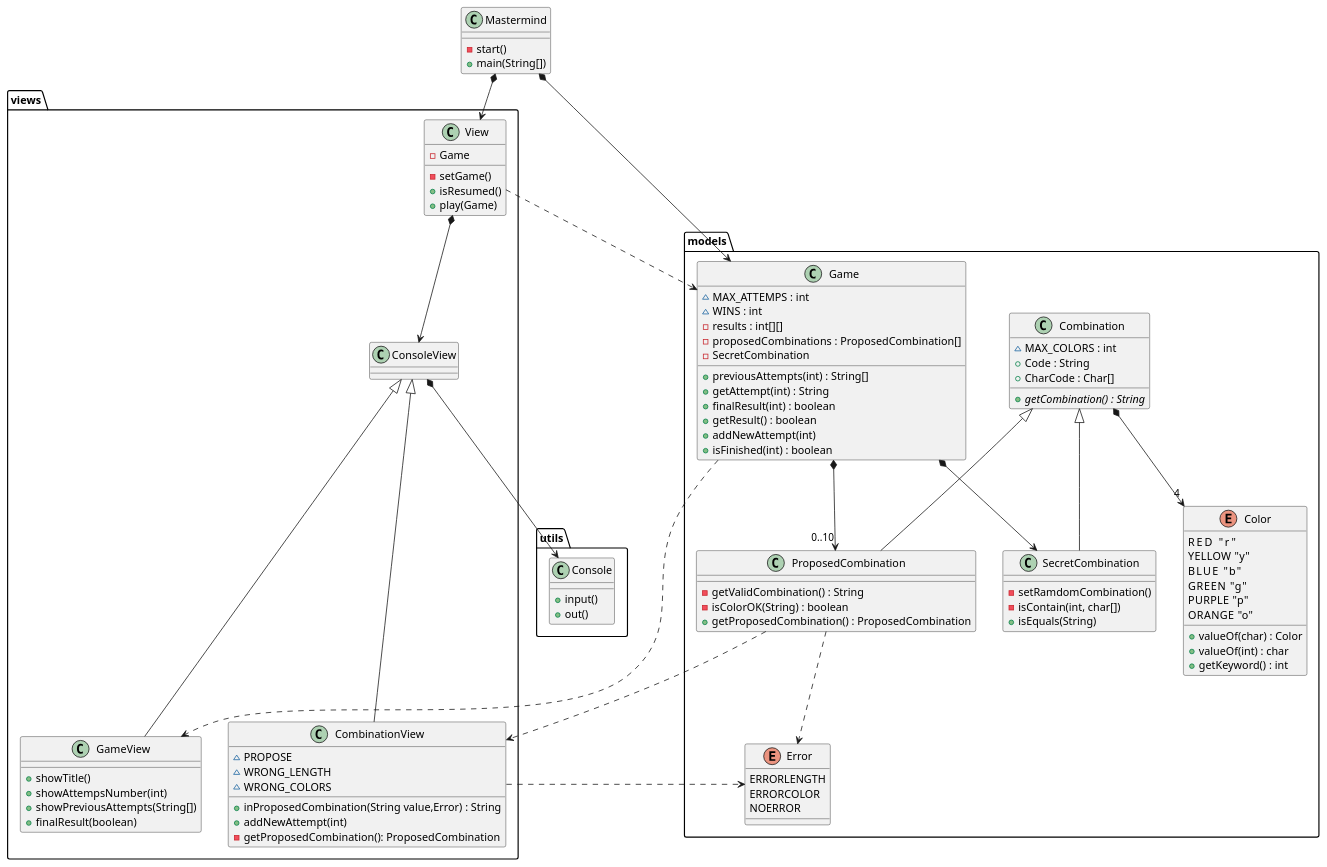
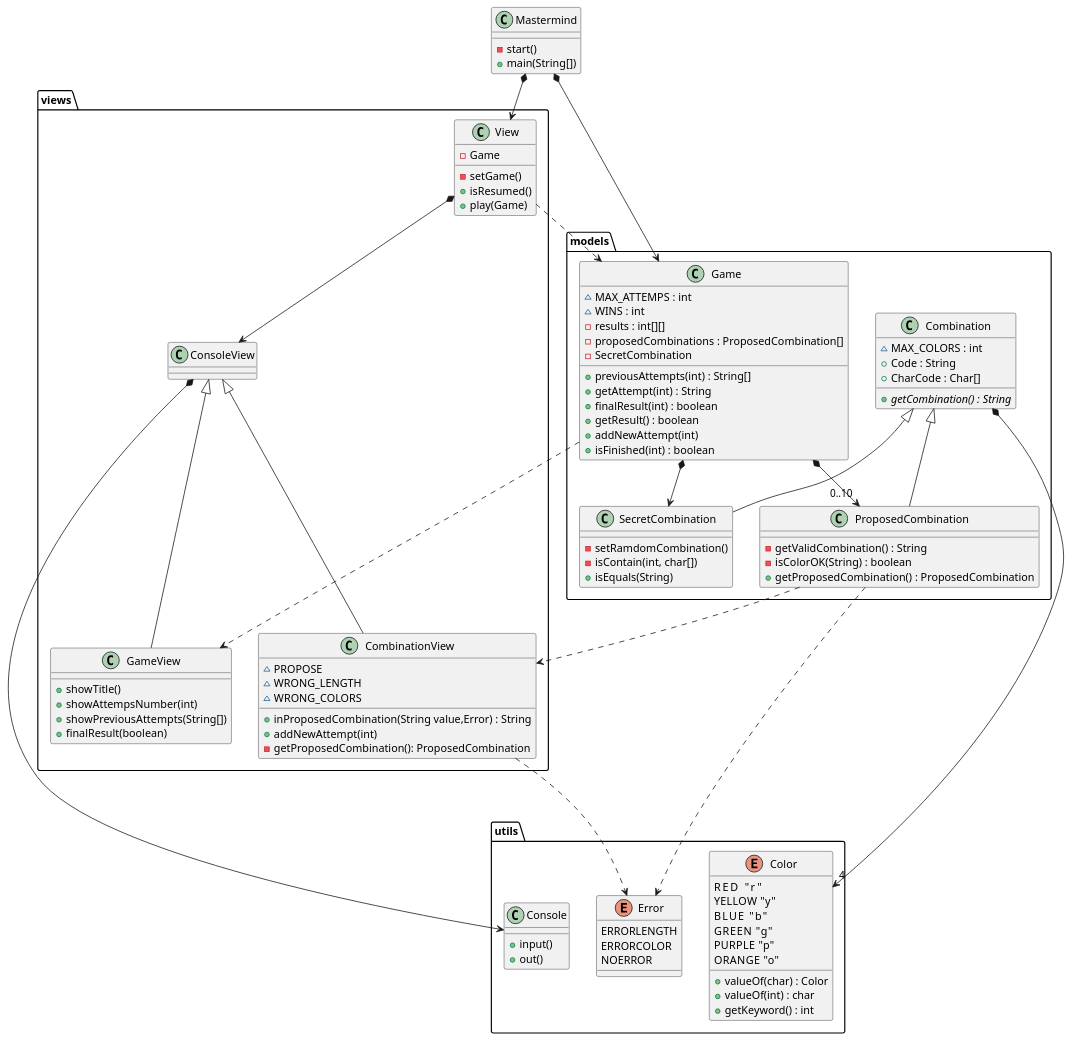
Before and after one commit to Master-Desarrollo-20-21/diseno-oo-ejercicio2-mastermind-document-view-kiarras: the diagram in Mastermind/Mastermind.wsd, drawn with PlantUML. The commit also changed 8 other files, not shown here.

```diff
--- a/Mastermind/Mastermind.wsd
+++ b/Mastermind/Mastermind.wsd
@@ -1,101 +1,101 @@
 @startuml Mastermind
 class Mastermind{
   - start()
   + main(String[])
 }
 package models {
     class Game{
         ~ MAX_ATTEMPS : int
         ~ WINS : int
         - results : int[][]
         - proposedCombinations : ProposedCombination[]
         - SecretCombination
 
         + previousAttempts(int) : String[]
         + getAttempt(int) : String
         + finalResult(int) : boolean
         + getResult() : boolean
         + addNewAttempt(int)
         + isFinished(int) : boolean
     }
 
     class Combination{
         ~ MAX_COLORS : int
         + Code : String
         + CharCode : Char[]
         {abstract} + getCombination() : String
     }
-    enum Color{
-        RED     "r"
-        YELLOW  "y"
-        BLUE    "b"
-        GREEN   "g"
-        PURPLE  "p"
-        ORANGE  "o"
-        + valueOf(char) : Color
-        + valueOf(int) : char
-        + getKeyword() : int
-    }
 
     Class SecretCombination{
         - setRamdomCombination()
         - isContain(int, char[])
         + isEquals(String)
     }
     Class ProposedCombination{
         - getValidCombination() : String
         - isColorOK(String) : boolean
         + getProposedCombination() : ProposedCombination
     }
-    enum Error{
-        ERRORLENGTH
-        ERRORCOLOR
-        NOERROR
-    }
     Game *--> SecretCombination
     Game *--> "0..10" ProposedCombination
-    Combination *--> "4" Color
     Combination <|-- SecretCombination
     Combination <|-- ProposedCombination
 }
 package views{
     View *--> ConsoleView
     ConsoleView <|--- GameView
     ConsoleView <|--- CombinationView
 
     Class View{
         - Game
         - setGame()
         + isResumed()
         + play(Game)
     }
     Class GameView{
     + showTitle()
     + showAttempsNumber(int)
     + showPreviousAttempts(String[])
     + finalResult(boolean)
     }
     Class CombinationView{
     ~ PROPOSE
     ~ WRONG_LENGTH
     ~ WRONG_COLORS
     + inProposedCombination(String value,Error) : String
     + addNewAttempt(int)
     - getProposedCombination(): ProposedCombination 
     }
 }
 package utils {
     Class Console{
     + input()
     + out()
     }
+    enum Color{
+        RED     "r"
+        YELLOW  "y"
+        BLUE    "b"
+        GREEN   "g"
+        PURPLE  "p"
+        ORANGE  "o"
+        + valueOf(char) : Color
+        + valueOf(int) : char
+        + getKeyword() : int
+    }
+    enum Error{
+        ERRORLENGTH
+        ERRORCOLOR
+        NOERROR
+    }
 }
 Mastermind *--> Game
+Mastermind *--> View
 Game ...> GameView
-Mastermind *--> View
 View ...> Game
 ConsoleView *--> Console
+Combination *--> "4" Color
 ProposedCombination ...> CombinationView
 CombinationView ...> Error
 ProposedCombination..> Error
 @enduml
```
